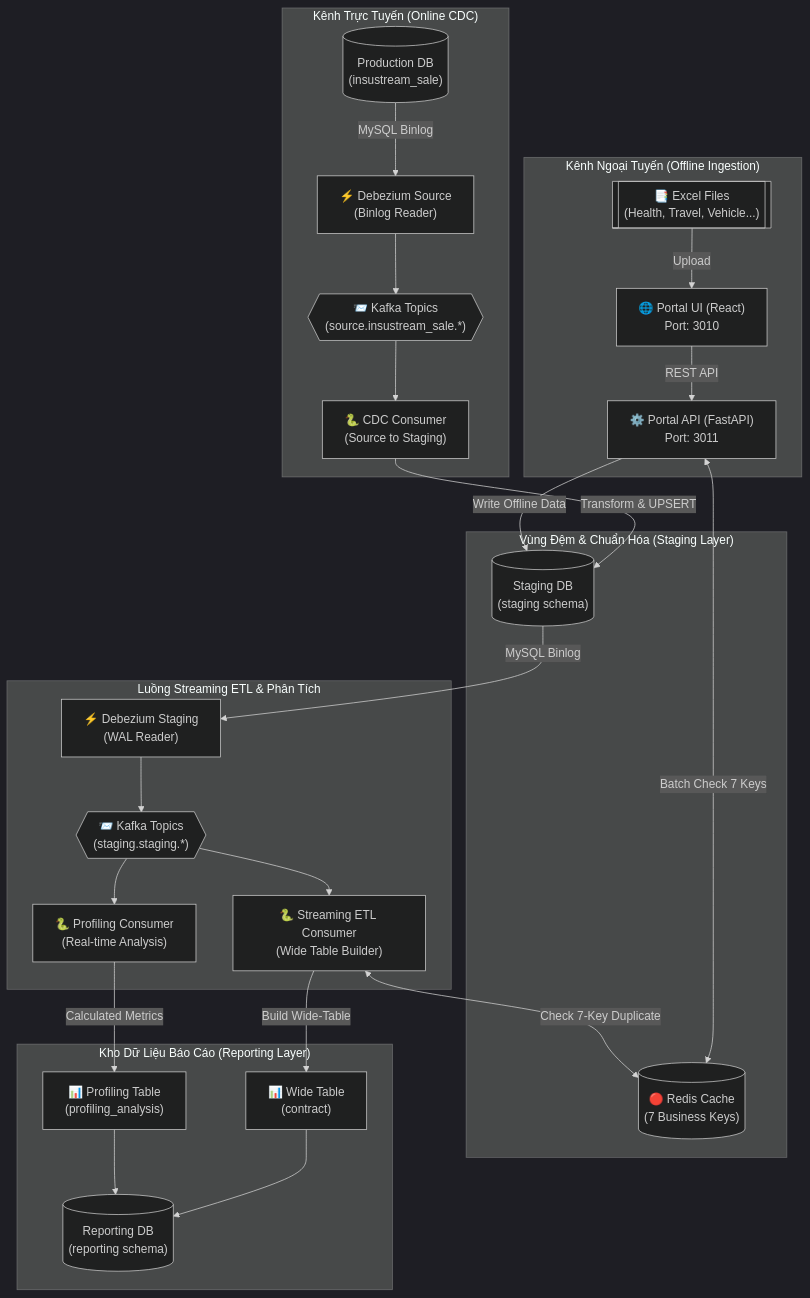
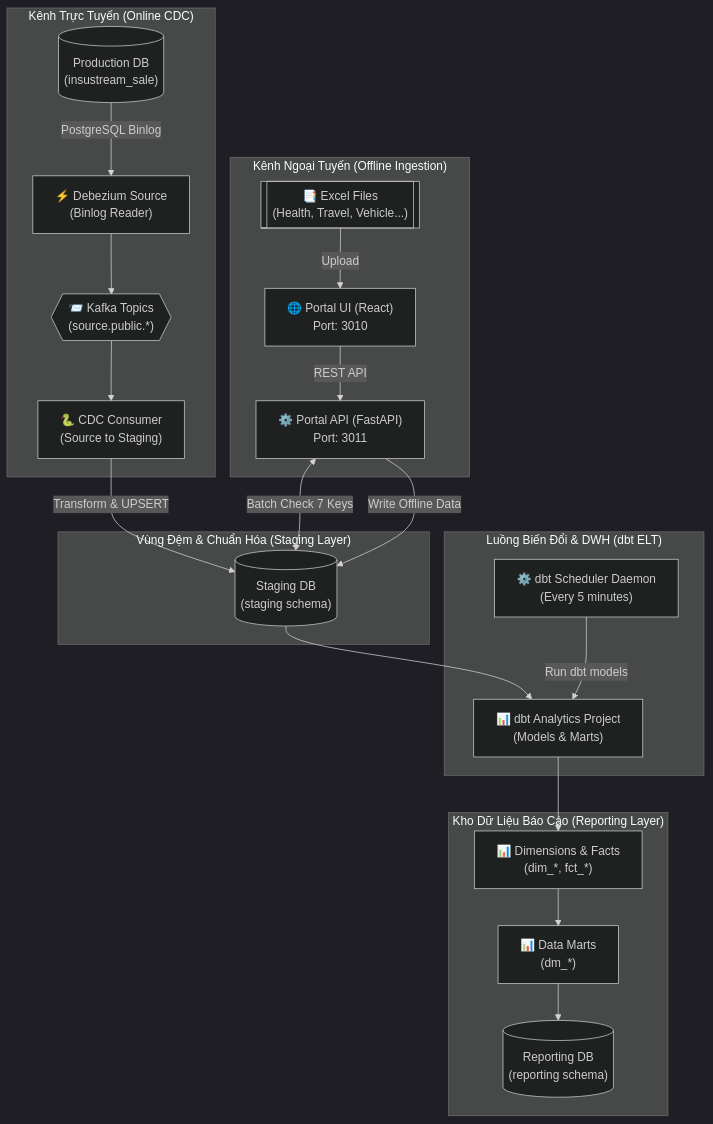
The diagram in README.md (phatle224/hybrid-data-ingestion-streaming-platform), drawn with Mermaid (dark theme) before and after one commit. The commit also changed other lines of this file and 12 other files, not shown here.

````diff
--- a/README.md
+++ b/README.md
@@ -17,59 +17,49 @@
 ```mermaid
 flowchart TB
     subgraph "Kênh Trực Tuyến (Online CDC)"
         SRC_DB[("Production DB<br/>(insustream_sale)")]
         DBZ_SRC["⚡ Debezium Source<br/>(Binlog Reader)"]
-        KF_SRC{{"📨 Kafka Topics<br/>(source.insustream_sale.*)"}}
+        KF_SRC{{"📨 Kafka Topics<br/>(source.public.*)"}}
         CDC_CONS["🐍 CDC Consumer<br/>(Source to Staging)"]
     end
 
     subgraph "Kênh Ngoại Tuyến (Offline Ingestion)"
         EXCEL[["📑 Excel Files<br/>(Health, Travel, Vehicle...)"]]
         PORTAL_FE["🌐 Portal UI (React)<br/>Port: 3010"]
         PORTAL_BE["⚙️ Portal API (FastAPI)<br/>Port: 3011"]
     end
 
     subgraph "Vùng Đệm & Chuẩn Hóa (Staging Layer)"
         STG_DB[("Staging DB<br/>(staging schema)")]
-        REDIS_CACHE[("🔴 Redis Cache<br/>(7 Business Keys)")]
     end
 
-    subgraph "Luồng Streaming ETL & Phân Tích"
-        DBZ_STG["⚡ Debezium Staging<br/>(WAL Reader)"]
-        KF_STG{{"📨 Kafka Topics<br/>(staging.staging.*)"}}
-        ETL_CONS["🐍 Streaming ETL Consumer<br/>(Wide Table Builder)"]
-        PROF_CONS["🐍 Profiling Consumer<br/>(Real-time Analysis)"]
+    subgraph "Luồng Biến Đổi & DWH (dbt ELT)"
+        SCHEDULER["⚙️ dbt Scheduler Daemon<br/>(Every 5 minutes)"]
+        DBT_ANALYTICS["📊 dbt Analytics Project<br/>(Models & Marts)"]
     end
 
     subgraph "Kho Dữ Liệu Báo Cáo (Reporting Layer)"
         RPT_DB[("Reporting DB<br/>(reporting schema)")]
-        WIDE_TAB["📊 Wide Table<br/>(contract)"]
-        PROF_TAB["📊 Profiling Table<br/>(profiling_analysis)"]
+        WIDE_TAB["📊 Dimensions & Facts<br/>(dim_*, fct_*)"]
+        MARTS["📊 Data Marts<br/>(dm_*)"]
     end
 
     %% Kênh Online
-    SRC_DB -->|MySQL Binlog| DBZ_SRC
+    SRC_DB -->|PostgreSQL Binlog| DBZ_SRC
     DBZ_SRC --> KF_SRC
     KF_SRC --> CDC_CONS
     CDC_CONS -->|Transform & UPSERT| STG_DB
 
     %% Kênh Offline
     EXCEL -->|Upload| PORTAL_FE
     PORTAL_FE -->|REST API| PORTAL_BE
-    PORTAL_BE <-->|Batch Check 7 Keys| REDIS_CACHE
+    PORTAL_BE <-->|Batch Check 7 Keys| STG_DB
     PORTAL_BE -->|Write Offline Data| STG_DB
 
-    %% Phân tách Staging & Reporting
-    STG_DB -->|MySQL Binlog| DBZ_STG
-    DBZ_STG --> KF_STG
-    
-    KF_STG --> ETL_CONS
-    KF_STG --> PROF_CONS
-
-    ETL_CONS <-->|Check 7-Key Duplicate| REDIS_CACHE
-    ETL_CONS -->|Build Wide-Table| WIDE_TAB
-    PROF_CONS -->|Calculated Metrics| PROF_TAB
-    
-    WIDE_TAB --> RPT_DB
-    PROF_TAB --> RPT_DB
+    %% dbt ELT
+    STG_DB --> DBT_ANALYTICS
+    SCHEDULER -->|Run dbt models| DBT_ANALYTICS
+    DBT_ANALYTICS --> WIDE_TAB
+    WIDE_TAB --> MARTS
+    MARTS --> RPT_DB
 ```
````
